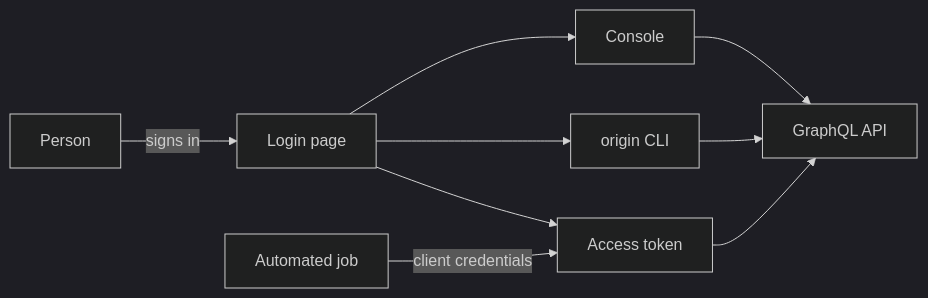
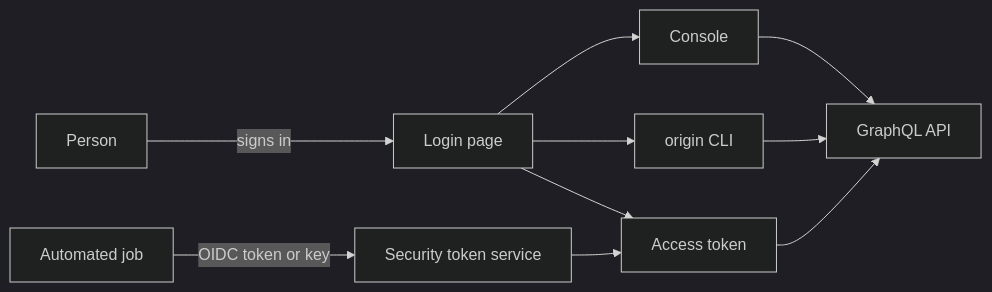
The diagram in docs/platform/access/index.md (origincloudhq/docs), drawn with Mermaid (dark theme) before and after one commit. The commit also changed other lines of this file and 13 other files, not shown here.

````diff
--- a/docs/platform/access/index.md
+++ b/docs/platform/access/index.md
@@ -19,13 +19,14 @@
 ```mermaid
 flowchart LR
   accTitle: Paths to the GraphQL API
-  accDescr: A person signs in on the Origin Cloud login page and then uses the console, the origin CLI or direct API calls with their access token. An automated job uses a service account's client credentials to get an access token and calls the API directly. Every path ends at the GraphQL API.
+  accDescr: A person signs in on the Origin Cloud login page and then uses the console, the origin CLI or direct API calls with their access token. An automated job exchanges its own OIDC token, or an assertion signed with a service account's key, at the security token service for an access token and calls the API directly. Every path ends at the GraphQL API.
   person[Person] -->|signs in| login[Login page]
   login --> console[Console]
   login --> cli[origin CLI]
   login --> token[Access token]
-  job[Automated job] -->|client credentials| token
+  job[Automated job] -->|OIDC token or key| sts[Security token service]
+  sts --> token
   console --> api[GraphQL API]
   cli --> api
   token --> api
 ```
````
